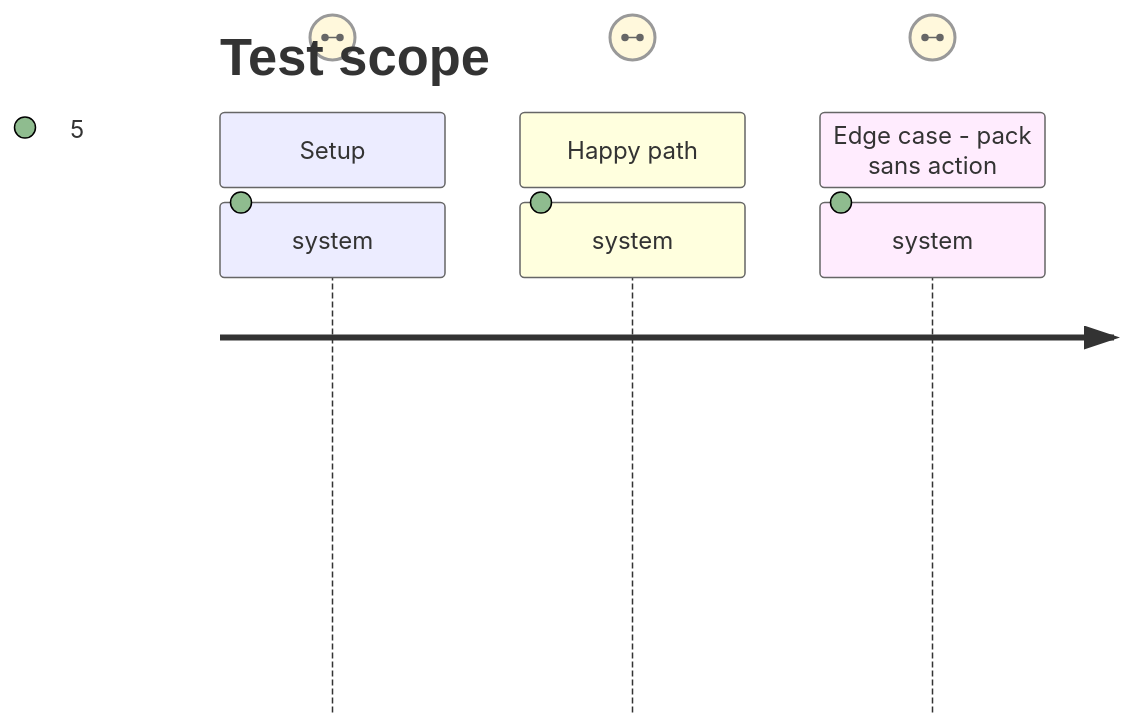
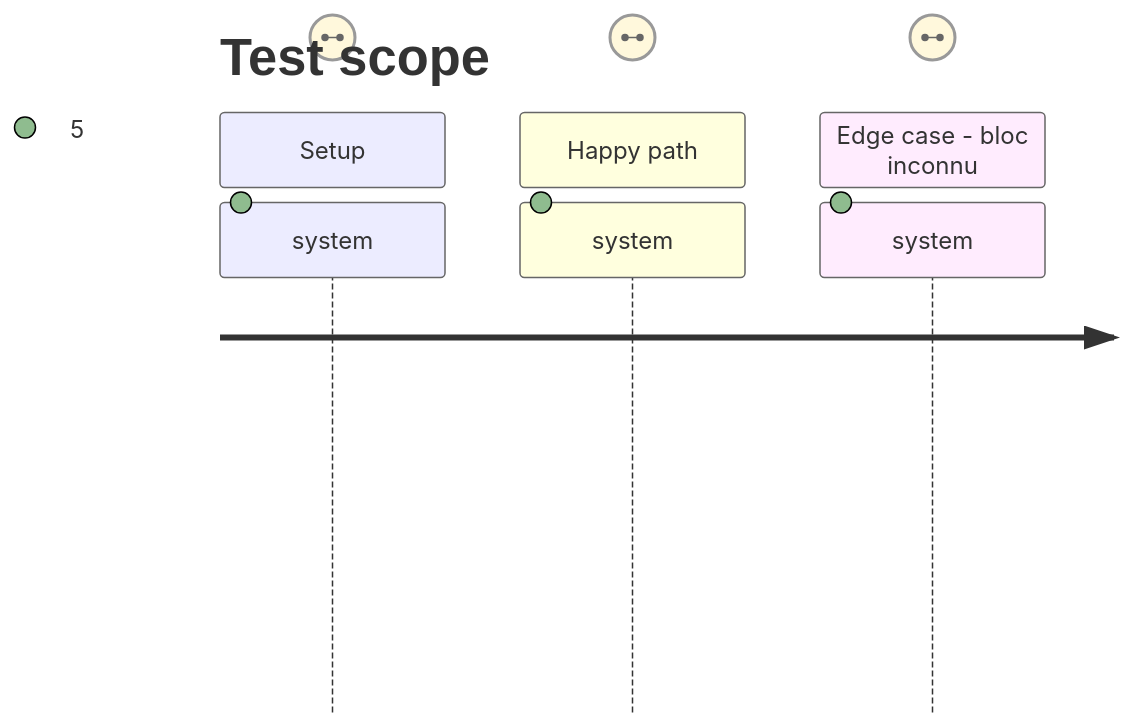
Before and after one commit to RebelliousSmile/schema-adrenaline: the second of 2 diagrams in aidd_docs/tasks/2026_09/2026_09_18_actions-contextuelles-handbook/phase-1.md, drawn with Mermaid. The commit also changed other lines of this file and 3 other files, not shown here.

````diff
--- a/aidd_docs/tasks/2026_09/2026_09_18_actions-contextuelles-handbook/phase-1.md
+++ b/aidd_docs/tasks/2026_09/2026_09_18_actions-contextuelles-handbook/phase-1.md
@@ -36,12 +33,12 @@
 ```mermaid
 ---
 title: Test scope
 ---
 journey
   section Setup
-    system: charger le catalogue et le manifeste Adrenaline => contrat 2.0.0 disponible: 5: cli
+    system: charger le catalogue et le manifeste du pack actif => requires contient les blocs publiés: 5: cli
   section Happy path
-    system: lire les actions contextuelles publiées => chaque action cible un bloc et une opération supportée: 5: cli
-  section Edge case - pack sans action
-    system: charger un pack qui ne déclare aucune action => contrat valide et liste vide: 5: cli
+    system: résoudre les blocs déclarés => liste ordonnée des insertions disponibles: 5: cli
+  section Edge case - bloc inconnu
+    system: charger un requires qui référence un bloc non enregistré => entrée ignorée avec diagnostic sans casser le menu: 5: cli
 ```
````
